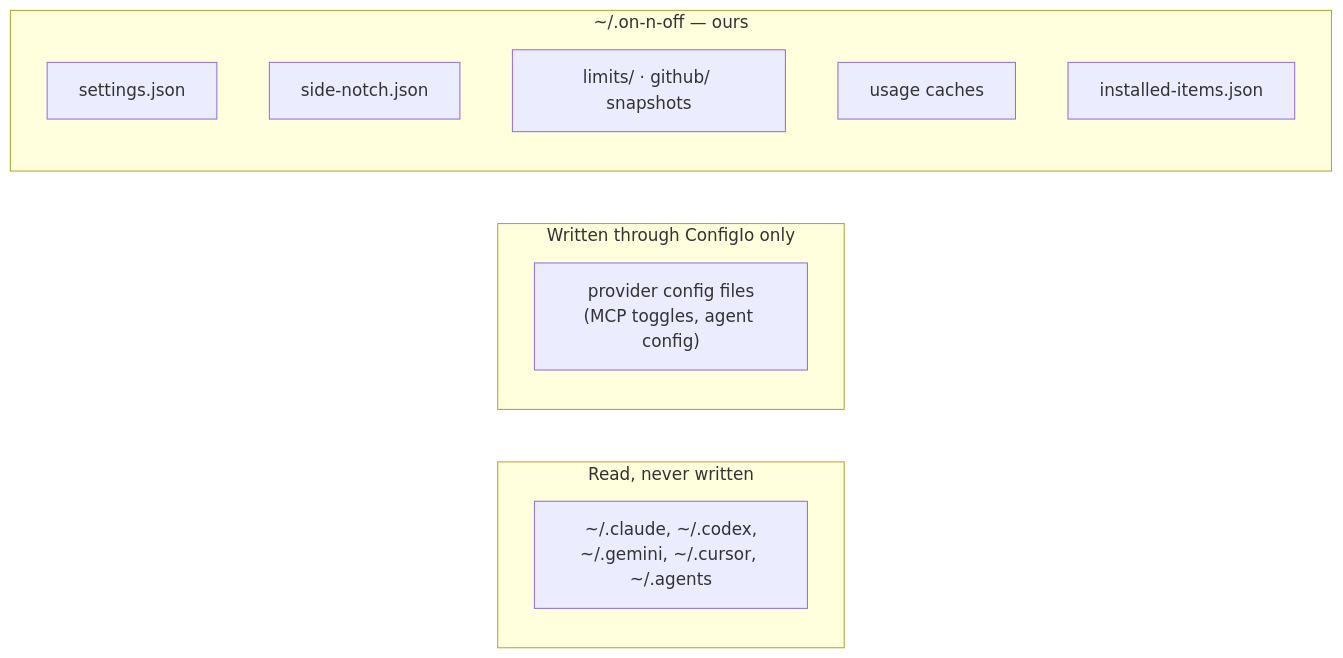
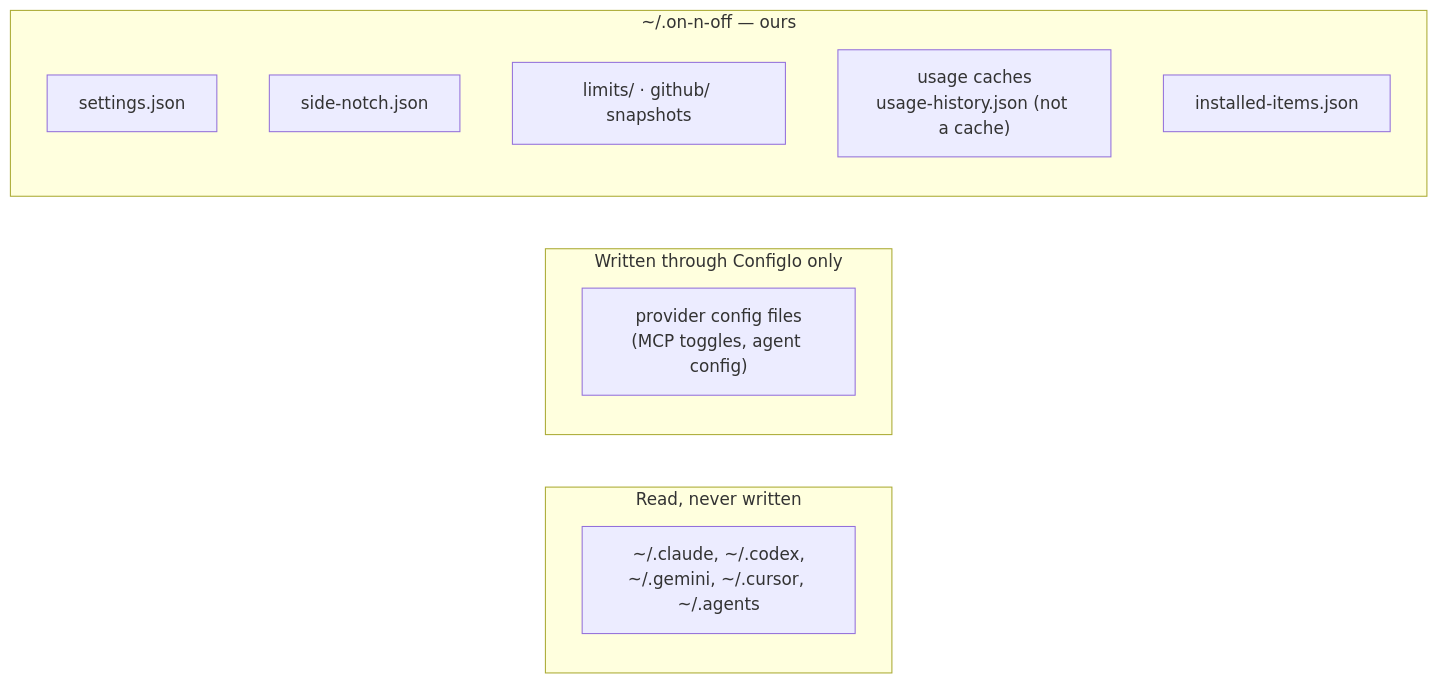
One commit to giostriquer/on-n-off changed the third of 3 diagrams in docs/architecture/README.md. Above: the diagram before and after it, drawn with Mermaid. The commit also changed other lines of this file and 38 other files, not shown here.

First line of the commit message:
release: on-n-off v0.16.0 with usage history kept after transcripts are deleted (#26)

````diff
--- a/docs/architecture/README.md
+++ b/docs/architecture/README.md
@@ -239,16 +289,16 @@
 ```mermaid
 flowchart LR
     subgraph read["Read, never written"]
         h1["~/.claude, ~/.codex,<br/>~/.gemini, ~/.cursor, ~/.agents"]
     end
     subgraph rw["Written through ConfigIo only"]
         h2["provider config files<br/>(MCP toggles, agent config)"]
     end
     subgraph ours["~/.on-n-off — ours"]
         s1["settings.json"]
         s2["side-notch.json"]
         s3["limits/ · github/ snapshots"]
-        s4["usage caches"]
+        s4["usage caches<br/>usage-history.json (not a cache)"]
         s5["installed-items.json"]
     end
 ```
````
